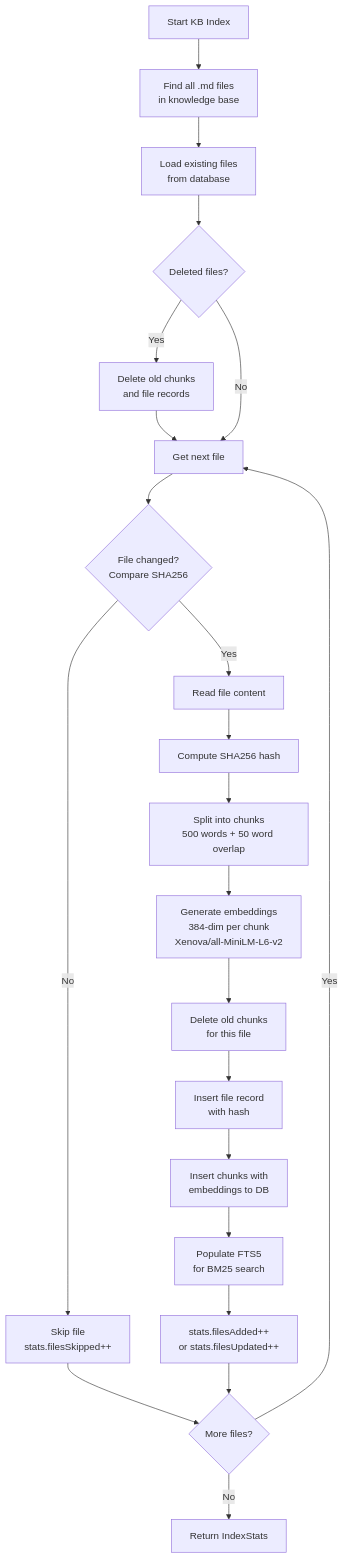
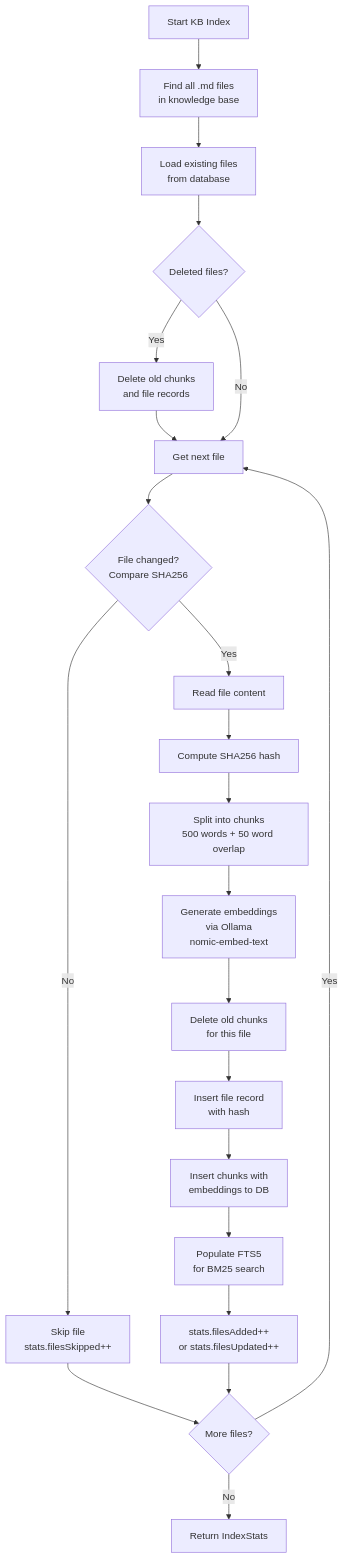
Before and after one commit to timbuchinger/context-cache: the first of 4 diagrams in docs/architecture/index.md, drawn with Mermaid. The commit also changed other lines of this file and 6 other files, not shown here.

Commit message:
docs: update from xenova to ollama embeddings

````diff
--- a/docs/architecture/index.md
+++ b/docs/architecture/index.md
@@ -272,24 +272,24 @@
 ```mermaid
 graph TD
     A["Start KB Index"] --> B["Find all .md files<br/>in knowledge base"]
     B --> C["Load existing files<br/>from database"]
     C --> D{"Deleted files?"}
     D -->|Yes| E["Delete old chunks<br/>and file records"]
     E --> F["Get next file"]
     D -->|No| F
     F --> G{"File changed?<br/>Compare SHA256"}
     G -->|No| H["Skip file<br/>stats.filesSkipped++"]
     G -->|Yes| I["Read file content"]
     H --> J{"More files?"}
     I --> K["Compute SHA256 hash"]
     K --> L["Split into chunks<br/>500 words + 50 word overlap"]
-    L --> M["Generate embeddings<br/>384-dim per chunk<br/>Xenova/all-MiniLM-L6-v2"]
+    L --> M["Generate embeddings<br/>via Ollama<br/>nomic-embed-text"]
     M --> N["Delete old chunks<br/>for this file"]
     N --> O["Insert file record<br/>with hash"]
     O --> P["Insert chunks with<br/>embeddings to DB"]
     P --> Q["Populate FTS5<br/>for BM25 search"]
     Q --> R["stats.filesAdded++<br/>or stats.filesUpdated++"]
     R --> J
     J -->|Yes| F
     J -->|No| S["Return IndexStats"]
 ```
````
